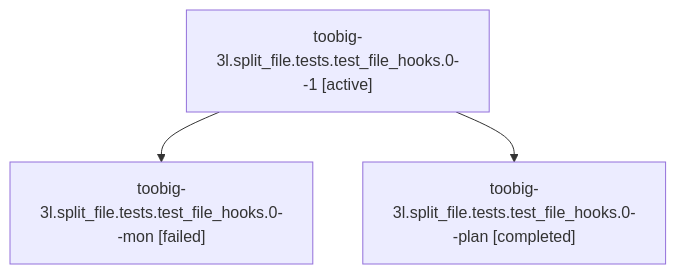
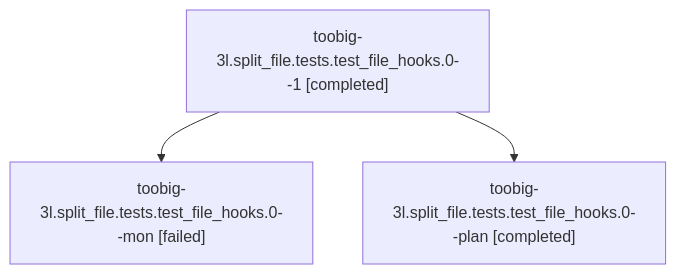
Before and after one commit to sase-org/sase--agents: the diagram in families/bbugyi200.athena.toobig-3l.split_file.tests.test_file_hooks.0.md, drawn with Mermaid. The commit also changed other lines of this file and 51 other files, not shown here.

````diff
--- a/families/bbugyi200.athena.toobig-3l.split_file.tests.test_file_hooks.0.md
+++ b/families/bbugyi200.athena.toobig-3l.split_file.tests.test_file_hooks.0.md
@@ -9,8 +9,8 @@
 ```mermaid
 flowchart TD
-  n0["toobig-3l.split_file.tests.test_file_hooks.0--1 [active]"]
+  n0["toobig-3l.split_file.tests.test_file_hooks.0--1 [completed]"]
   n1["toobig-3l.split_file.tests.test_file_hooks.0--mon [failed]"]
   n0 --> n1
   n2["toobig-3l.split_file.tests.test_file_hooks.0--plan [completed]"]
   n0 --> n2
 ```
````
